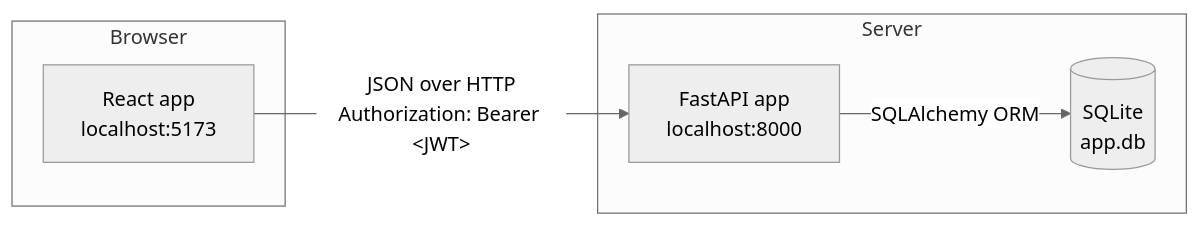
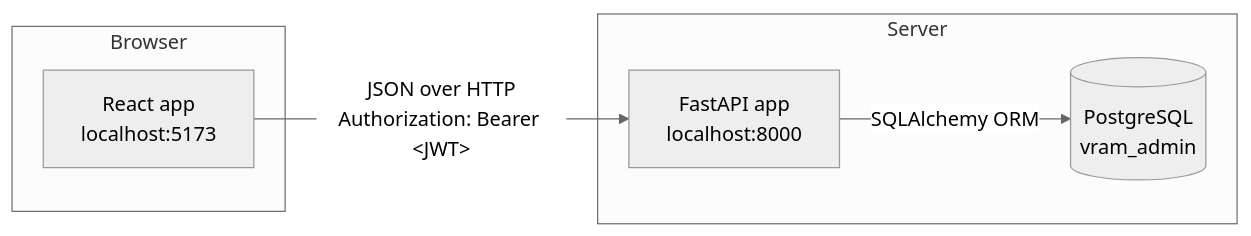
The first of 3 diagrams in docs/ARCHITECTURE.md (MarvinMosiCoder/vram-py), drawn with Mermaid (neutral theme) before and after one commit. The commit also changed other lines of this file and 27 other files, not shown here.

````diff
--- a/docs/ARCHITECTURE.md
+++ b/docs/ARCHITECTURE.md
@@ -11,12 +11,12 @@
 ```mermaid
 flowchart LR
     subgraph Browser
         FE[React app<br/>localhost:5173]
     end
     subgraph Server
         BE[FastAPI app<br/>localhost:8000]
-        DB[(SQLite<br/>app.db)]
+        DB[(PostgreSQL<br/>vram_admin)]
     end
     FE -- "JSON over HTTP<br/>Authorization: Bearer &lt;JWT&gt;" --> BE
     BE -- SQLAlchemy ORM --> DB
 ```
````
